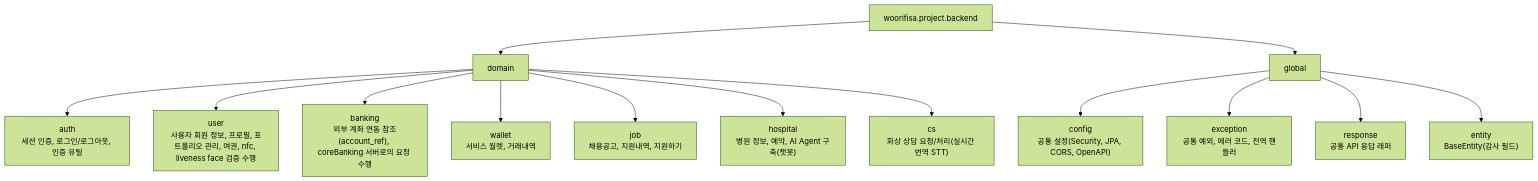
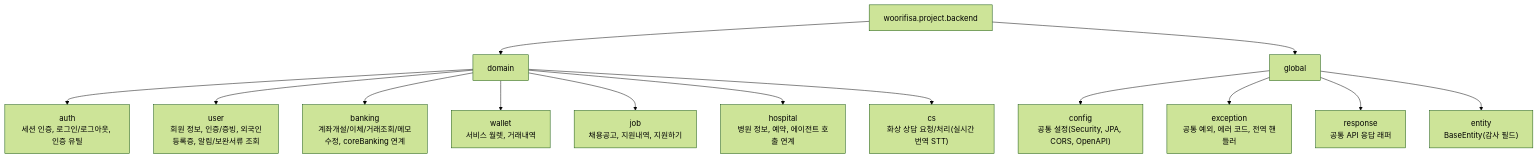
The diagram in backend/docs/package.md (jaepar/NOVA), drawn with Mermaid (forest theme) before and after one commit. The commit also changed other lines of this file and 1 other file, not shown here.

````diff
--- a/backend/docs/package.md
+++ b/backend/docs/package.md
@@ -7,19 +7,19 @@
 ```mermaid
 flowchart TD
   root["woorifisa.project.backend"]
   root --> domain["domain"]
   root --> global["global"]
 
   domain --> auth["auth<br/>세션 인증, 로그인/로그아웃, 인증 유틸"]
-  domain --> user["user<br/>사용자 회원 정보, 프로필, 포트폴리오 관리, 여권, nfc, liveness face 검증 수행"]
-  domain --> banking["banking<br/>외부 계좌 연동 참조(account_ref), coreBanking 서버로의 요청 수행"]
+  domain --> user["user<br/>회원 정보, 인증/증빙, 외국인등록증, 알림/보완서류 조회"]
+  domain --> banking["banking<br/>계좌개설/이체/거래조회/메모수정, coreBanking 연계"]
   domain --> wallet["wallet<br/>서비스 월렛, 거래내역"]
   domain --> job["job<br/>채용공고, 지원내역, 지원하기"]
-  domain --> hospital["hospital<br/>병원 정보, 예약, AI Agent 구축(챗봇)"]
+  domain --> hospital["hospital<br/>병원 정보, 예약, 에이전트 호출 연계"]
   domain --> cs["cs<br/>화상 상담 요청/처리(실시간 번역 STT)"]
 
   global --> config["config<br/>공통 설정(Security, JPA, CORS, OpenAPI)"]
   global --> exception["exception<br/>공통 예외, 에러 코드, 전역 핸들러"]
   global --> response["response<br/>공통 API 응답 래퍼"]
   global --> entity["entity<br/>BaseEntity(감사 필드)"]
 ```
````
